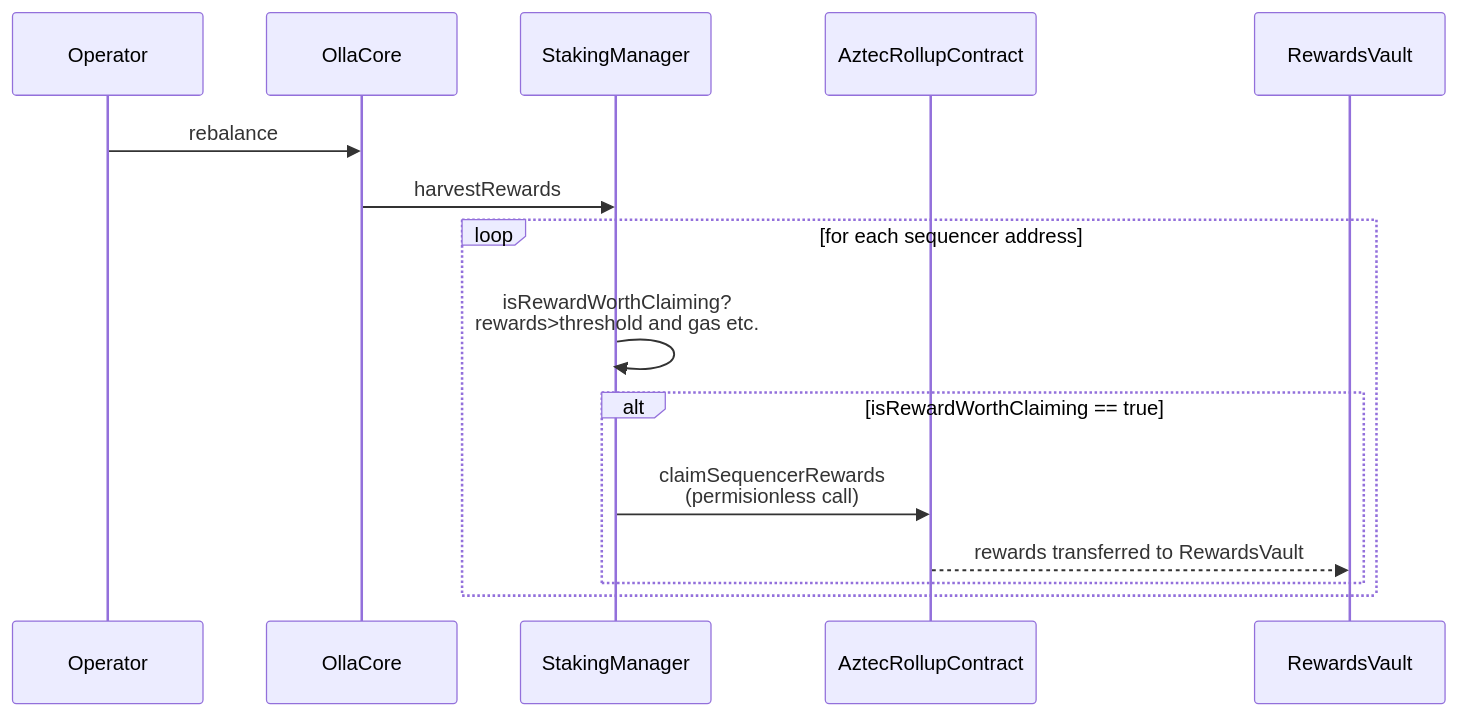
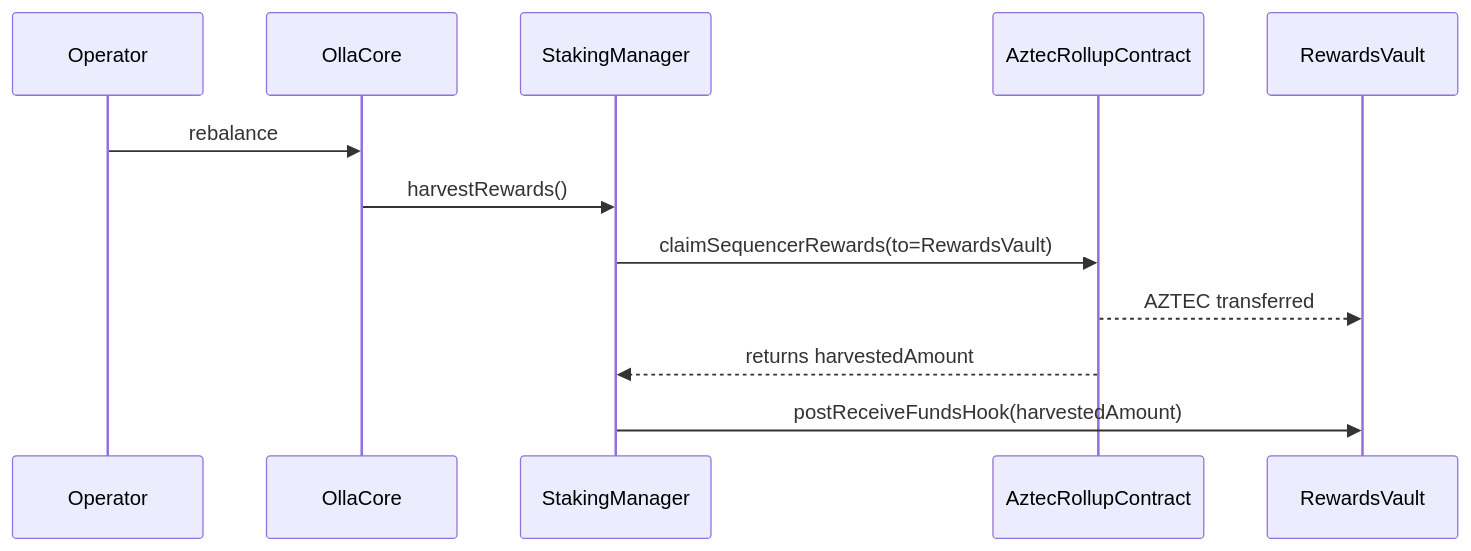
The fourth of 7 diagrams in research/technical/architecture/flows.md (ollafinance/core), drawn with Mermaid before and after one commit. The commit also changed other lines of this file and 2 other files, not shown here.

Commit message:
staking manager, and some of rewards vault

````diff
--- a/research/technical/architecture/flows.md
+++ b/research/technical/architecture/flows.md
@@ -134,18 +134,15 @@
 ```mermaid
 sequenceDiagram
     participant OP as Operator
     participant C as OllaCore
     participant SM as StakingManager
     participant AR as AztecRollupContract
     participant RV as RewardsVault
 
     OP->>C: rebalance
-    C->>SM: harvestRewards
-    loop for each sequencer address
-        SM->>SM: isRewardWorthClaiming?<br/>rewards>threshold and gas etc.
-        alt isRewardWorthClaiming == true
-            SM->>AR: claimSequencerRewards<br/>(permisionless call)
-            AR-->>RV: rewards transferred to RewardsVault
-        end
-    end
+    C->>SM: harvestRewards()
+    SM->>AR: claimSequencerRewards(to=RewardsVault)
+    AR-->>RV: AZTEC transferred
+    AR-->>SM: returns harvestedAmount
+    SM->>RV: postReceiveFundsHook(harvestedAmount)
 ```
````
